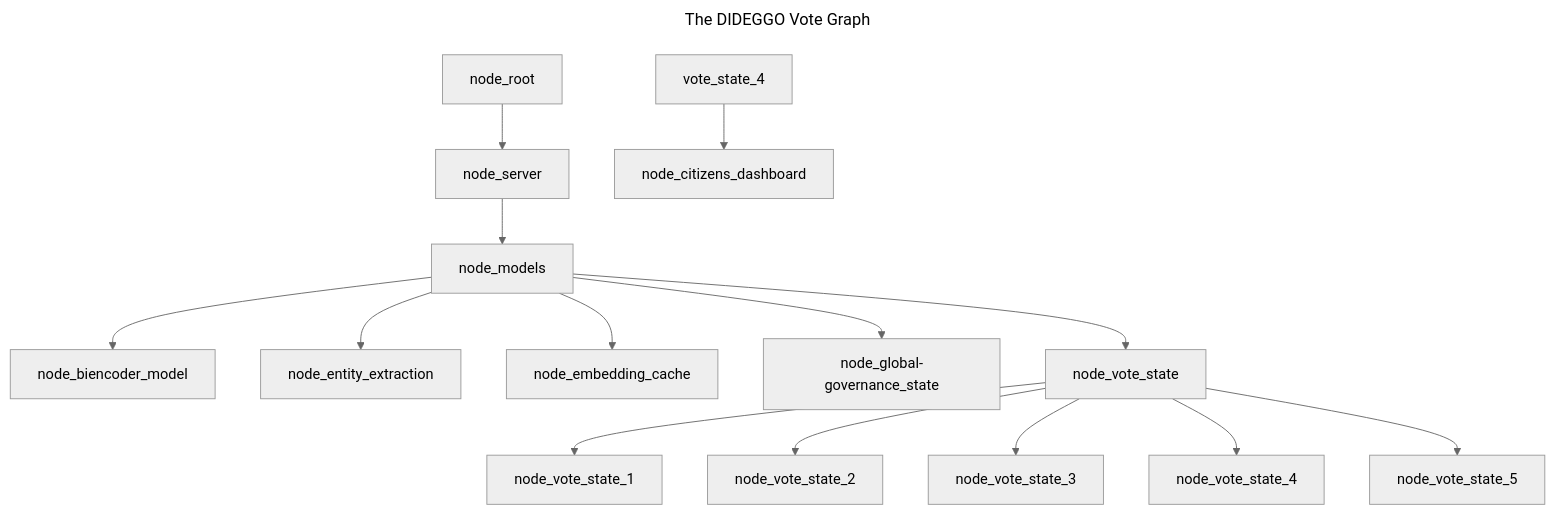
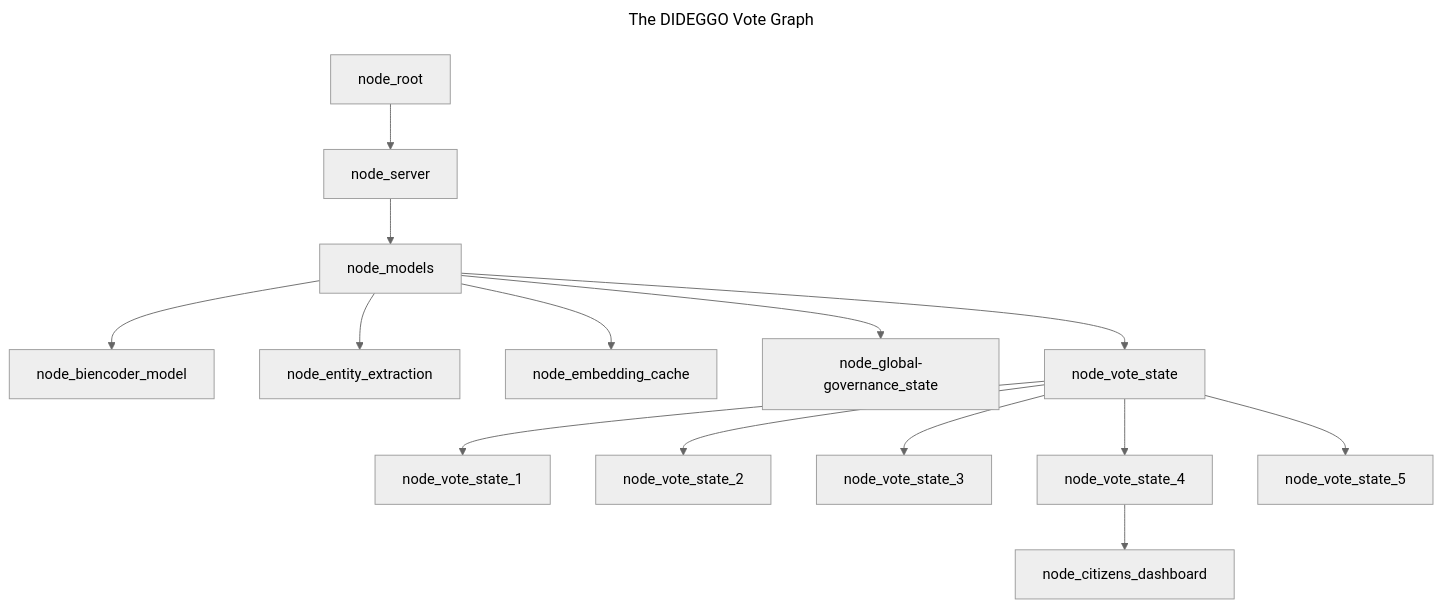
One commit to WrappedUsername/dideggo changed the diagram in server/models/vote-state/vote-graph-jac.md. Above: the diagram before and after it, drawn with Mermaid (neutral theme).

Commit message:
Configuring files - Keefe

````diff
--- a/server/models/vote-state/vote-graph-jac.md
+++ b/server/models/vote-state/vote-graph-jac.md
@@ -5,19 +5,19 @@
 ```mermaid
 ---
 title: The DIDEGGO Vote Graph
 ---
 graph TD;
     node_root-->node_server
     node_server-->node_models
     node_models-->node_biencoder_model
     node_models-->node_entity_extraction
     node_models-->node_embedding_cache
     node_models-->node_global-governance_state
     node_models-->node_vote_state
     node_vote_state-->node_vote_state_1
     node_vote_state-->node_vote_state_2
     node_vote_state-->node_vote_state_3
     node_vote_state-->node_vote_state_4
     node_vote_state-->node_vote_state_5
-    vote_state_4-->node_citizens_dashboard
+    node_vote_state_4-->node_citizens_dashboard
 ```
````
